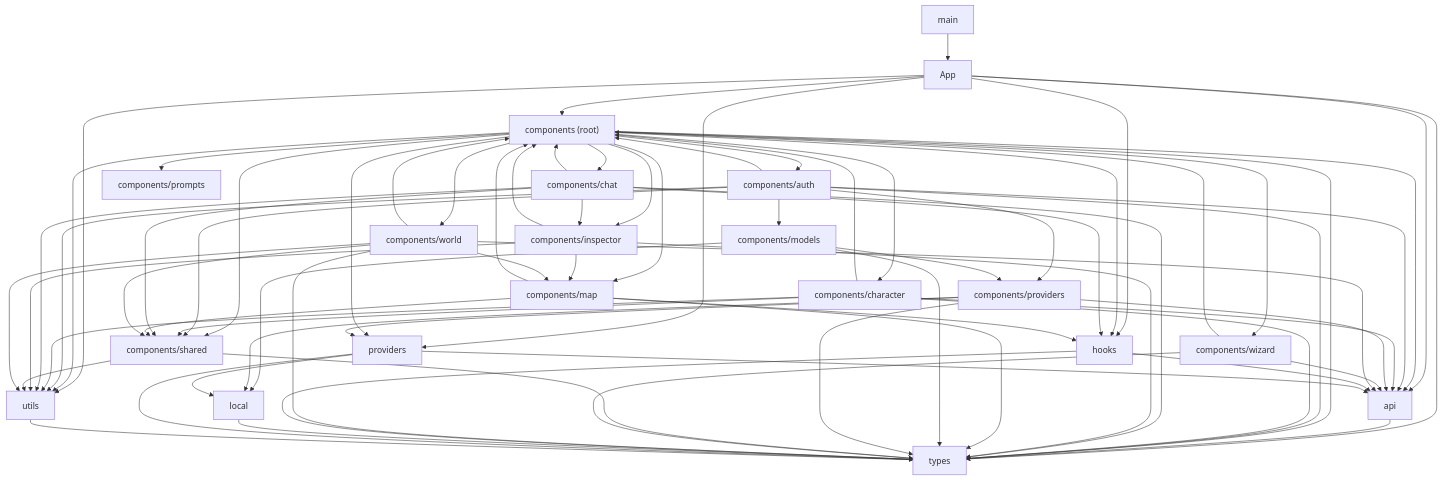
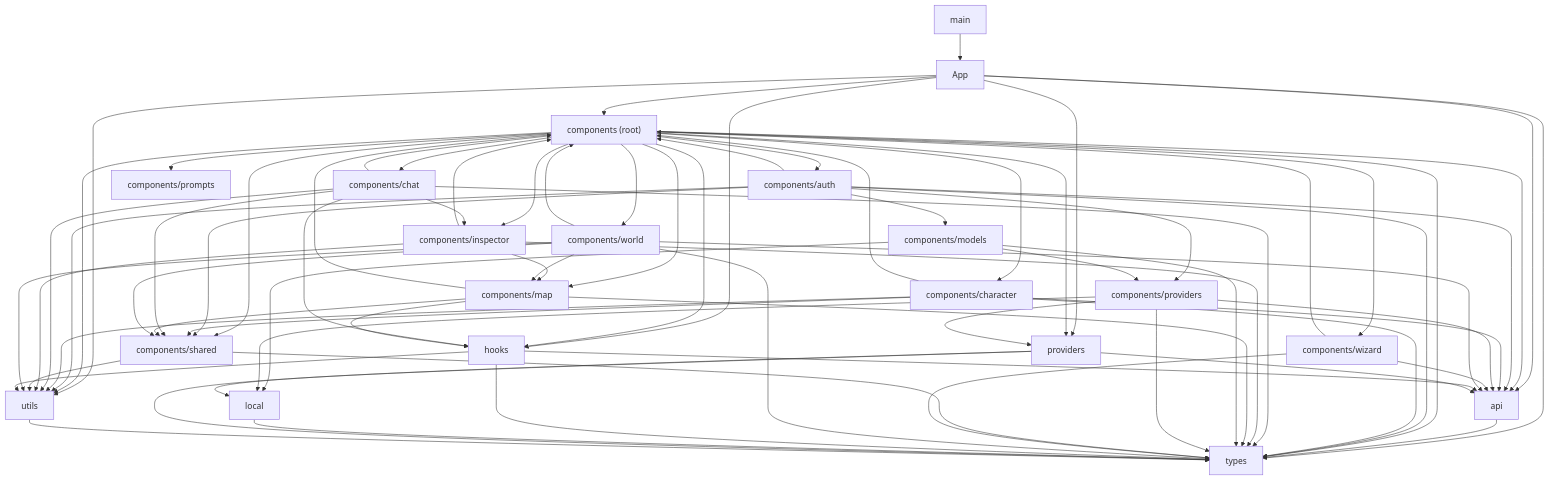
One commit to diegolima/CyberCantina changed the diagram in docs/architecture/FRONTEND_GRAPH.md. Above: the diagram before and after it, drawn with Mermaid. The commit also changed other lines of this file and 15 other files, not shown here.

```diff
--- a/docs/architecture/FRONTEND_GRAPH.md
+++ b/docs/architecture/FRONTEND_GRAPH.md
@@ -100,6 +100,7 @@
     b_13 --> b_19
     b_14 --> b_1
     b_14 --> b_18
+    b_14 --> b_19
     b_15 --> b_18
     b_16 --> b_0
     b_17 --> b_1
```
